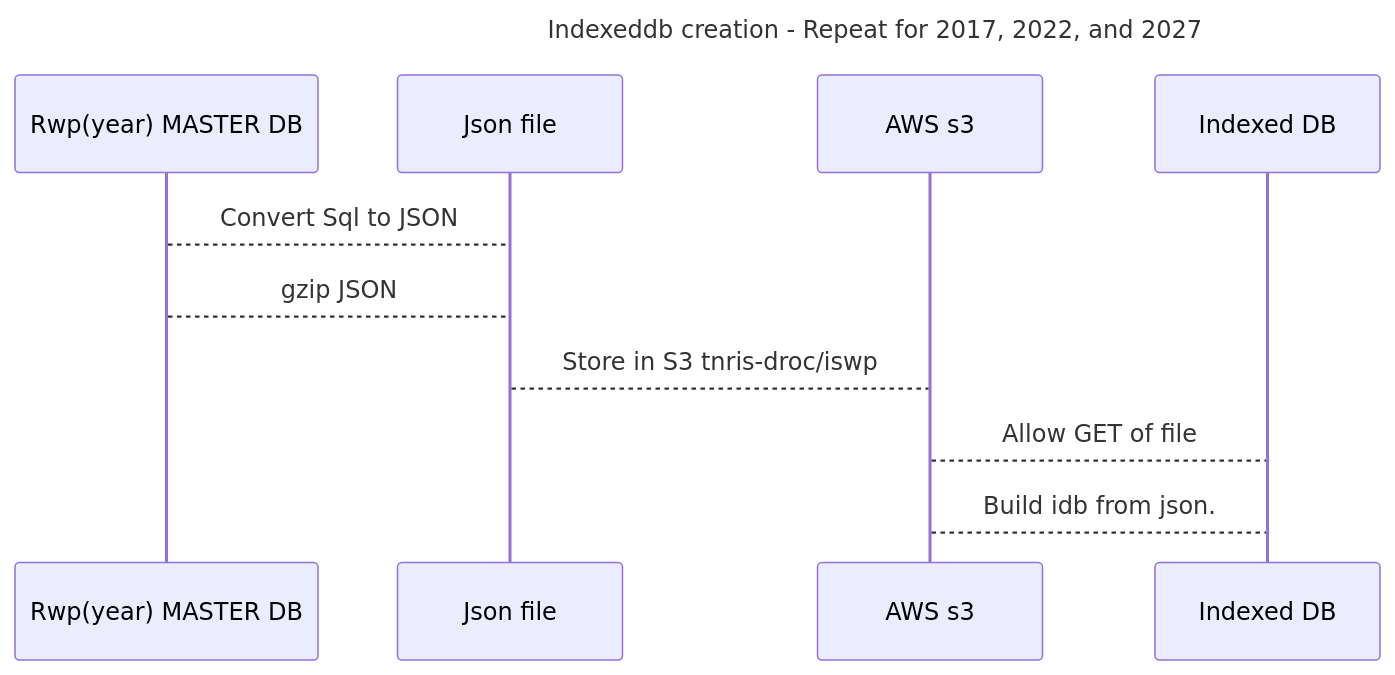
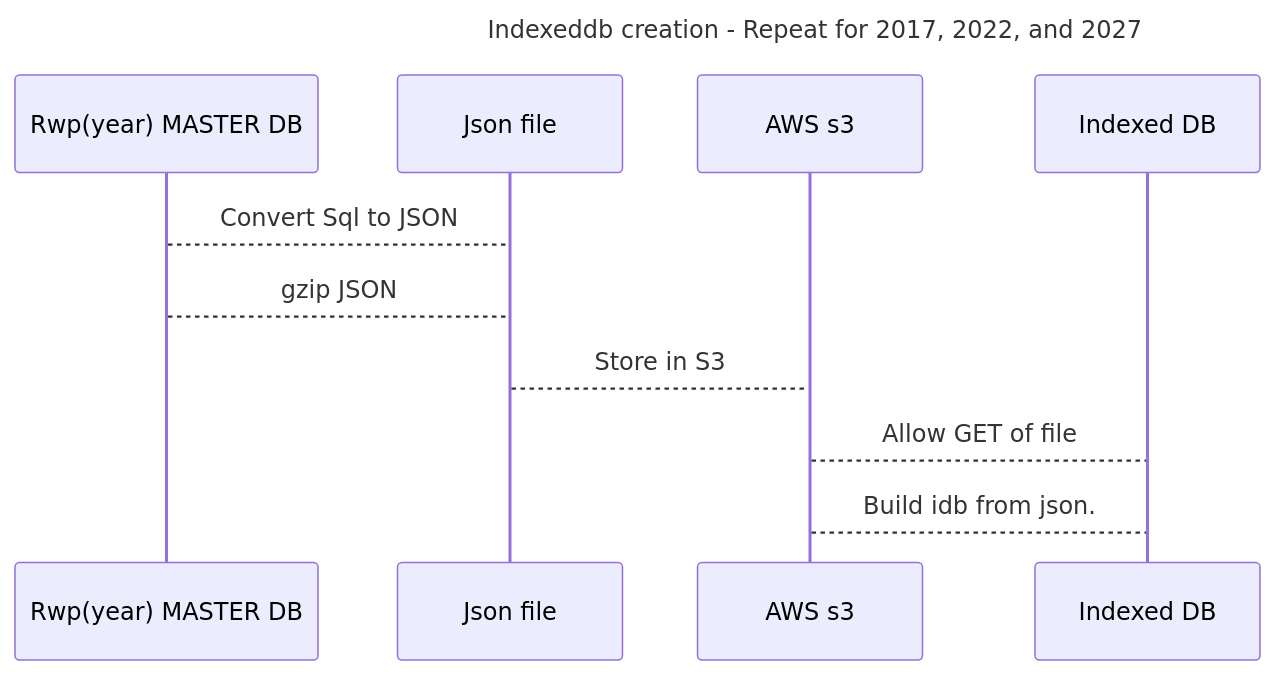
Before and after one commit to TNRIS/iswp: the diagram in flowcharts/indexeddb.md, drawn with Mermaid. The commit also changed 9 other files, not shown here.

````diff
--- a/flowcharts/indexeddb.md
+++ b/flowcharts/indexeddb.md
@@ -1,15 +1,15 @@
 ```mermaid
 ---
 title: Indexeddb creation - Repeat for 2017, 2022, and 2027
 ---
 
 sequenceDiagram
     Rwp(year) MASTER DB-->Json file: Convert Sql to JSON
     Rwp(year) MASTER DB-->Json file: gzip JSON
 
 
-    Json file-->AWS s3: Store in S3 tnris-droc/iswp
+    Json file-->AWS s3: Store in S3 
     AWS s3-->Indexed DB: Allow GET of file
     AWS s3-->Indexed DB: Build idb from json.
 
 ```
````
